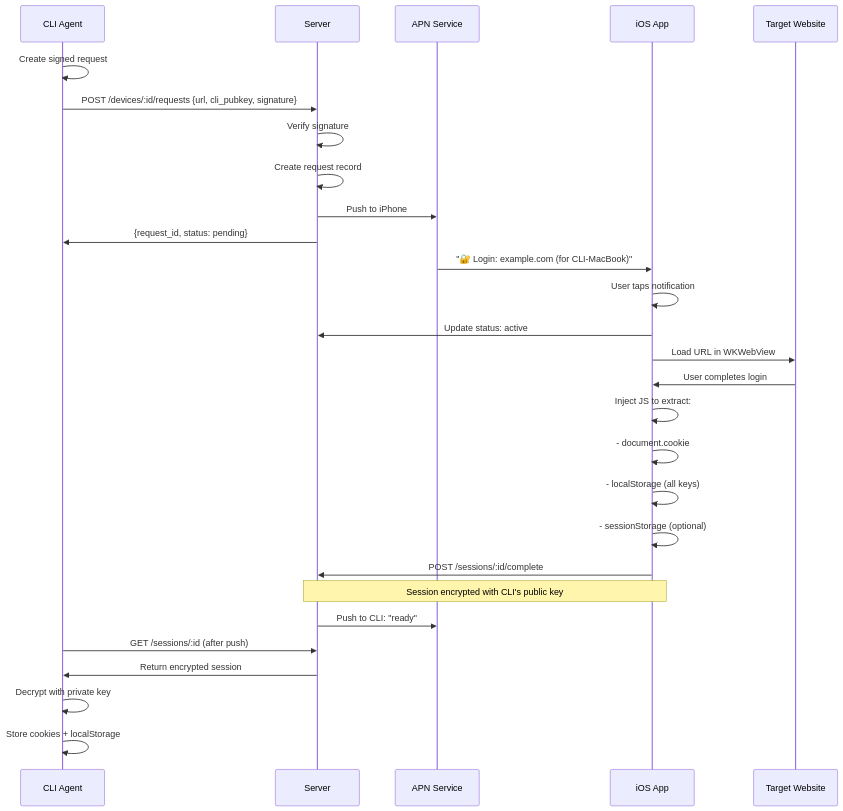
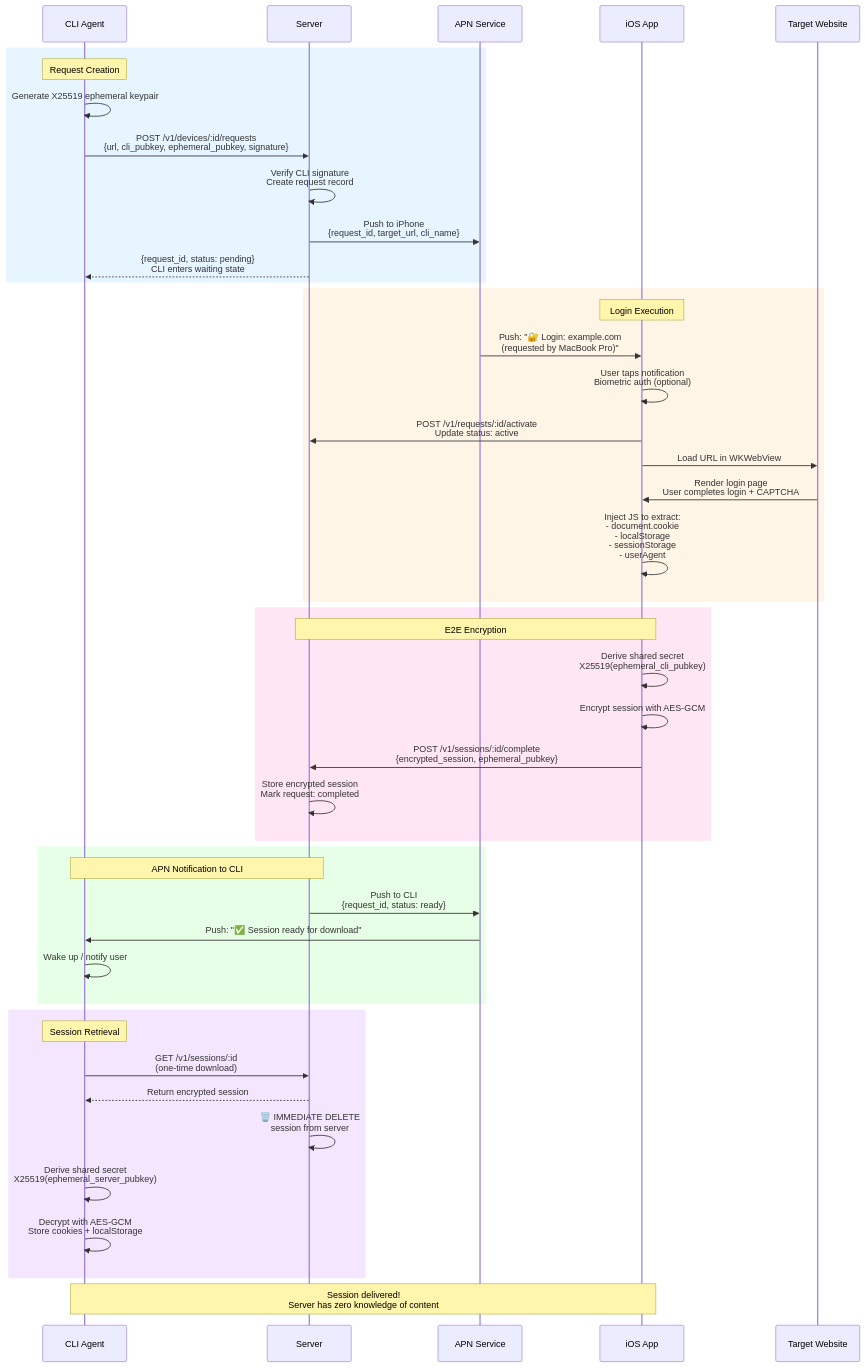
Before and after one commit to Lakr233/Cookey: the second of 3 diagrams in ARCHITECTURE.md, drawn with Mermaid. The commit also changed other lines of this file, not shown here.

First line of the commit message:
docs(architecture): v2.0 - Complete redesign with APN bidirectional, E2E encryption, multi-user model

````diff
--- a/ARCHITECTURE.md
+++ b/ARCHITECTURE.md
@@ -216,36 +470,58 @@
 ```mermaid
 sequenceDiagram
     participant CLI as CLI Agent
     participant S as Server
     participant APN as APN Service
     participant iOS as iOS App
     participant Web as Target Website
     
-    CLI->>CLI: Create signed request
-    CLI->>S: POST /devices/:id/requests {url, cli_pubkey, signature}
-    S->>S: Verify signature
-    S->>S: Create request record
-    S->>APN: Push to iPhone
-    S->>CLI: {request_id, status: pending}
+    %% CLI initiates request
+    rect rgb(230, 245, 255)
+        Note over CLI: Request Creation
+        CLI->>CLI: Generate X25519 ephemeral keypair
+        CLI->>S: POST /v1/devices/:id/requests<br/>{url, cli_pubkey, ephemeral_pubkey, signature}
+        S->>S: Verify CLI signature<br/>Create request record
+        S->>APN: Push to iPhone<br/>{request_id, target_url, cli_name}
+        S-->>CLI: {request_id, status: pending}<br/>CLI enters waiting state
+    end
     
-    APN->>iOS: "🔐 Login: example.com (for CLI-MacBook)"
-    iOS->>iOS: User taps notification
-    iOS->>S: Update status: active
+    %% iOS receives and processes
+    rect rgb(255, 245, 230)
+        Note over iOS: Login Execution
+        APN->>iOS: Push: "🔐 Login: example.com<br/>(requested by MacBook Pro)"
+        iOS->>iOS: User taps notification<br/>Biometric auth (optional)
+        iOS->>S: POST /v1/requests/:id/activate<br/>Update status: active
+        iOS->>Web: Load URL in WKWebView
+        Web->>iOS: Render login page<br/>User completes login + CAPTCHA
+        iOS->>iOS: Inject JS to extract:<br/>- document.cookie<br/>- localStorage<br/>- sessionStorage<br/>- userAgent
+    end
     
-    iOS->>Web: Load URL in WKWebView
-    Web->>iOS: User completes login
-    iOS->>iOS: Inject JS to extract:
-    iOS->>iOS: - document.cookie
-    iOS->>iOS: - localStorage (all keys)
-    iOS->>iOS: - sessionStorage (optional)
+    %% Encryption and return
+    rect rgb(255, 230, 245)
+        Note over iOS,S: E2E Encryption
+        iOS->>iOS: Derive shared secret<br/>X25519(ephemeral_cli_pubkey)
+        iOS->>iOS: Encrypt session with AES-GCM
+        iOS->>S: POST /v1/sessions/:id/complete<br/>{encrypted_session, ephemeral_pubkey}
+        S->>S: Store encrypted session<br/>Mark request: completed
+    end
     
-    iOS->>S: POST /sessions/:id/complete
-    Note over iOS,S: Session encrypted with CLI's public key
+    %% APN to CLI
+    rect rgb(230, 255, 230)
+        Note over S,CLI: APN Notification to CLI
+        S->>APN: Push to CLI<br/>{request_id, status: ready}
+        APN->>CLI: Push: "✅ Session ready for download"
+        CLI->>CLI: Wake up / notify user
+    end
     
-    S->>APN: Push to CLI: "ready"
+    %% Download and cleanup
+    rect rgb(245, 230, 255)
+        Note over CLI: Session Retrieval
+        CLI->>S: GET /v1/sessions/:id<br/>(one-time download)
+        S-->>CLI: Return encrypted session
+        S->>S: 🗑️ IMMEDIATE DELETE<br/>session from server
+        CLI->>CLI: Derive shared secret<br/>X25519(ephemeral_server_pubkey)
+        CLI->>CLI: Decrypt with AES-GCM<br/>Store cookies + localStorage
+    end
     
-    CLI->>S: GET /sessions/:id (after push)
-    S->>CLI: Return encrypted session
-    CLI->>CLI: Decrypt with private key
-    CLI->>CLI: Store cookies + localStorage
+    Note over CLI,iOS: Session delivered!<br/>Server has zero knowledge of content
 ```
````
